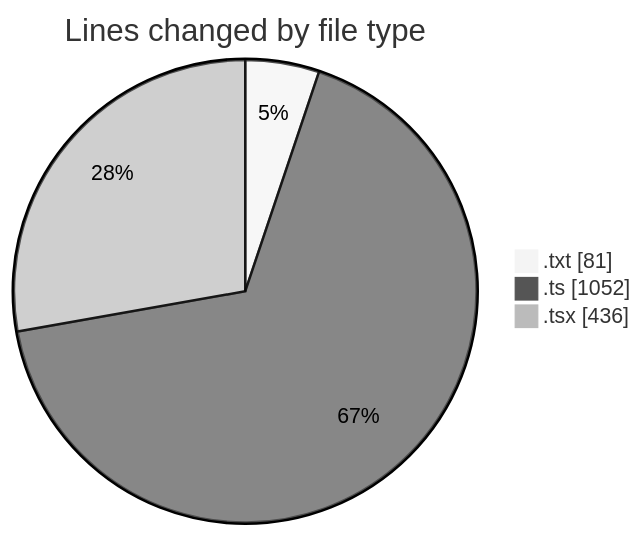
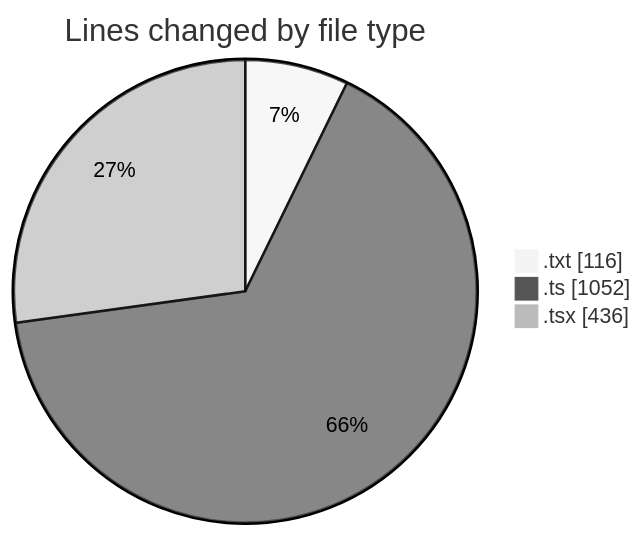
One commit to CELIANVF/code-tracking changed the first of 2 diagrams in 2025-05-28/ecodeli-1/README.md. Above: the diagram before and after it, drawn with Mermaid (neutral theme). The commit also changed other lines of this file and 1 other file, not shown here.

````diff
--- a/2025-05-28/ecodeli-1/README.md
+++ b/2025-05-28/ecodeli-1/README.md
@@ -30,7 +30,7 @@
 ```mermaid
 pie showData
 title Lines changed by file type
-".txt" : 81
+".txt" : 116
 ".ts" : 1052
 ".tsx" : 436
 ```
````
